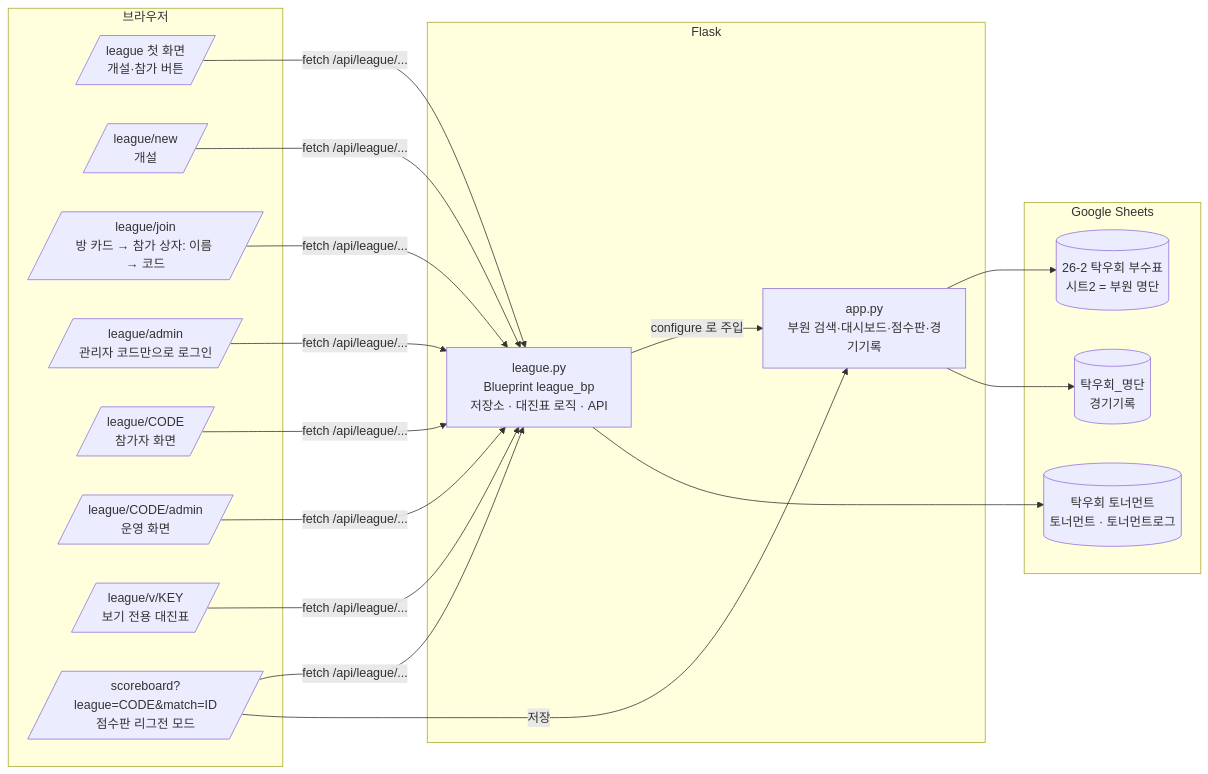
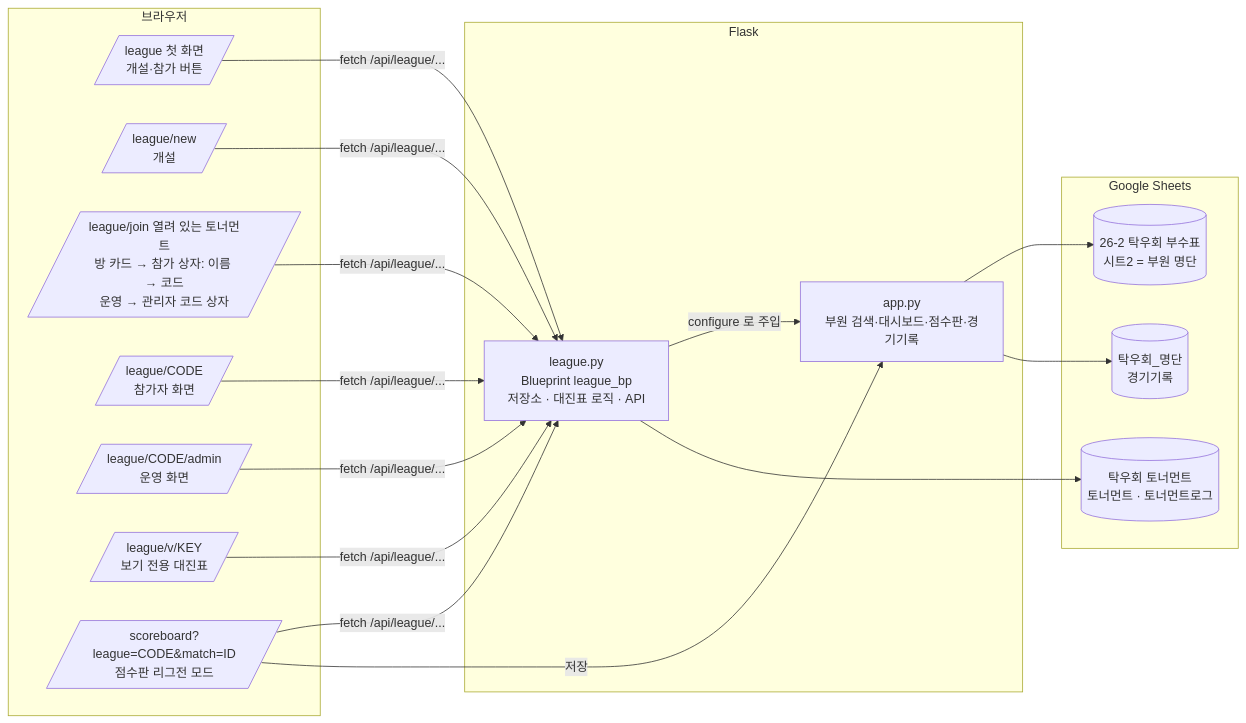
Before and after one commit to alsh02/Hanyang-University-ERICA-PingPong-Rank: the first of 2 diagrams in docs/league-handoff.md, drawn with Mermaid. The commit also changed other lines of this file and 5 other files, not shown here.

First line of the commit message:
League: Open the admin screen from each room card

````diff
--- a/docs/league-handoff.md
+++ b/docs/league-handoff.md
@@ -21,28 +21,27 @@
 ```mermaid
 flowchart LR
     subgraph 브라우저
         H[/league 첫 화면<br>개설·참가 버튼/]
         N[/league/new<br>개설/]
-        J[/league/join<br>방 카드 → 참가 상자: 이름 → 코드/]
-        A[/league/admin<br>관리자 코드만으로 로그인/]
+        J[/league/join 열려 있는 토너먼트<br>방 카드 → 참가 상자: 이름 → 코드<br>운영 → 관리자 코드 상자/]
         R[/league/CODE<br>참가자 화면/]
         RA[/league/CODE/admin<br>운영 화면/]
         V[/league/v/KEY<br>보기 전용 대진표/]
         S[/scoreboard?league=CODE&match=ID<br>점수판 리그전 모드/]
     end
     subgraph Flask
         APP[app.py<br>부원 검색·대시보드·점수판·경기기록]
         LG[league.py<br>Blueprint league_bp<br>저장소 · 대진표 로직 · API]
     end
     subgraph "Google Sheets"
         M[(26-2 탁우회 부수표<br>시트2 = 부원 명단)]
         REC[(탁우회_명단<br>경기기록)]
         T[(탁우회 토너먼트<br>토너먼트 · 토너먼트로그)]
     end
-    H & N & J & A & R & RA & V & S -->|fetch /api/league/...| LG
+    H & N & J & R & RA & V & S -->|fetch /api/league/...| LG
     S -->|저장| APP
     LG -->|configure 로 주입| APP
     APP --> M
     APP --> REC
     LG --> T
 ```
````
